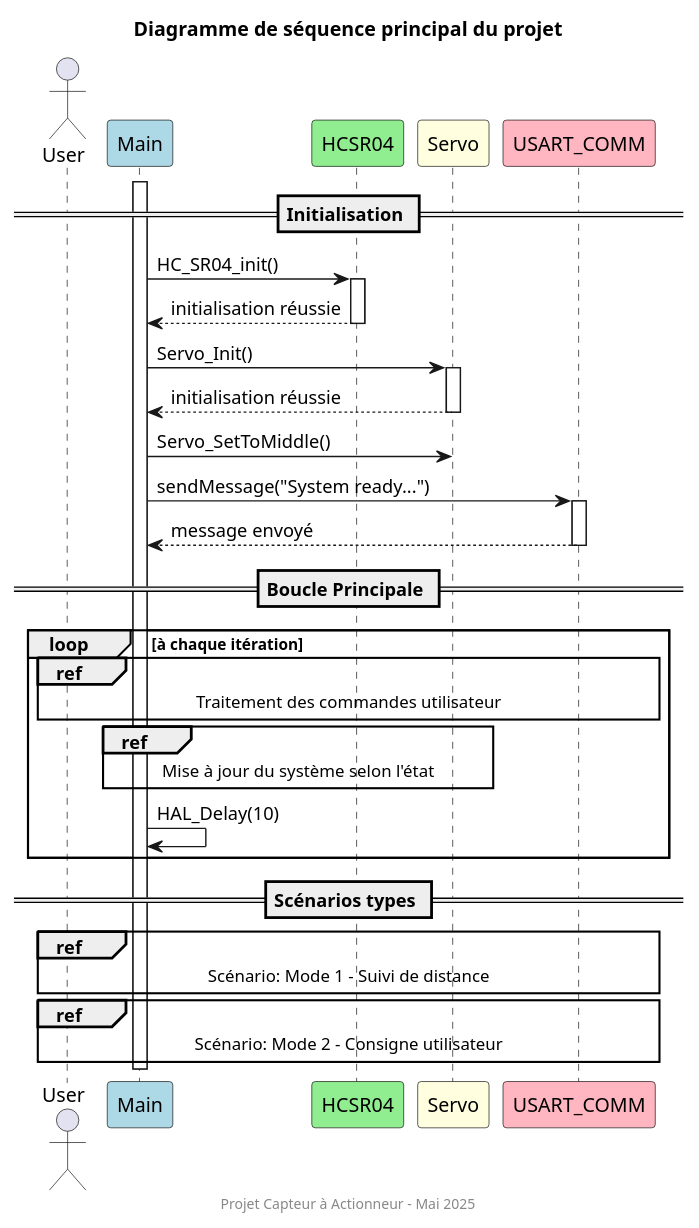
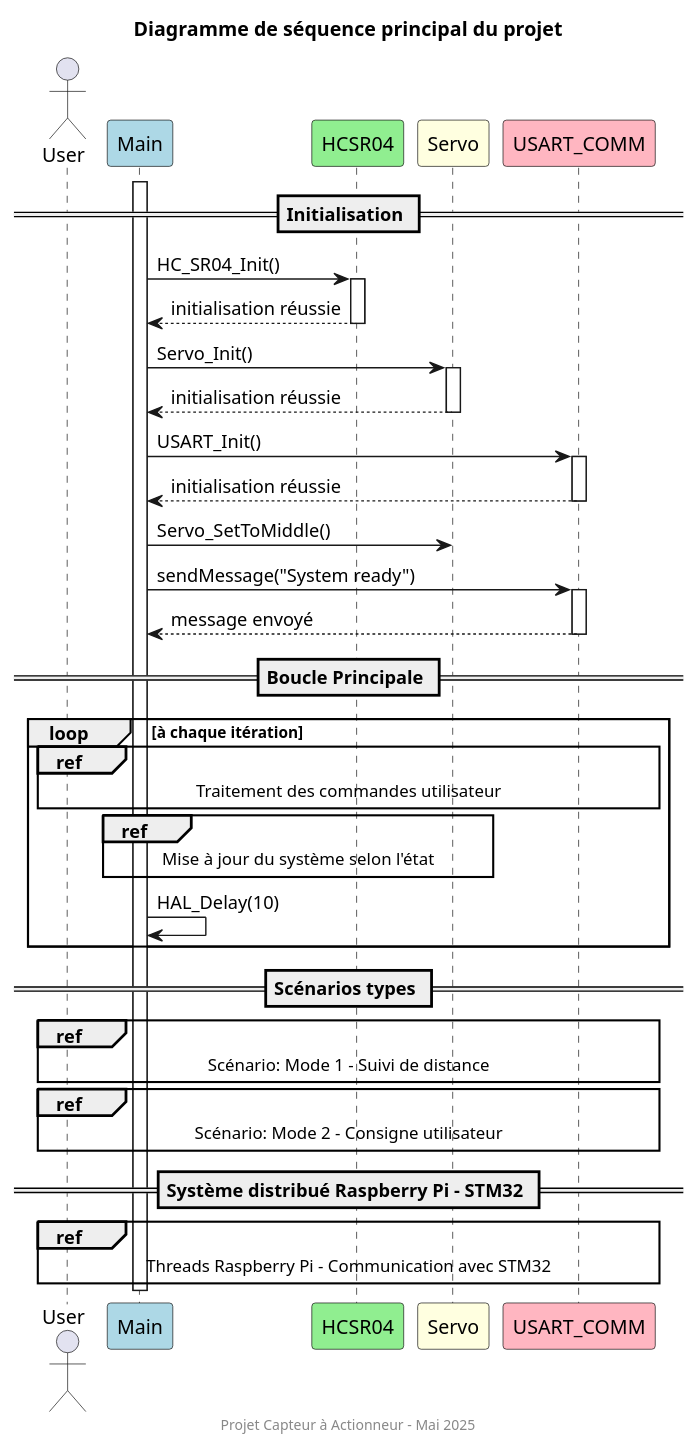
One commit to AzTaiiyoo/Capteur_actionneur changed the diagram in doc-README/DS-Main.puml. Above: the diagram before and after it, drawn with PlantUML. The commit also changed 7 other files, not shown here.

```diff
--- a/doc-README/DS-Main.puml
+++ b/doc-README/DS-Main.puml
@@ -1,60 +1,71 @@
 @startuml
 
 ' Participants (modules) avec couleurs pour faciliter la lecture
 actor "User" as User
 participant "Main" as Main #LightBlue
 participant "HCSR04" as HCSR04 #LightGreen
 participant "Servo" as Servo #LightYellow
 participant "USART_COMM" as USART #LightPink
 
 ' Titre plus visible
 title Diagramme de séquence principal du projet
 
 ' Initialisation avec activation
 == Initialisation ==
 activate Main
-Main -> HCSR04: HC_SR04_init()
+Main -> HCSR04: HC_SR04_Init()
 activate HCSR04
 HCSR04 --> Main: initialisation réussie
 deactivate HCSR04
 
 Main -> Servo: Servo_Init()
 activate Servo
 Servo --> Main: initialisation réussie
 deactivate Servo
 
+Main -> USART: USART_Init()
+activate USART
+USART --> Main: initialisation réussie
+deactivate USART
+
 Main -> Servo: Servo_SetToMiddle()
-Main -> USART: sendMessage("System ready...")
+Main -> USART: sendMessage("System ready")
 activate USART
 USART --> Main: message envoyé
 deactivate USART
 
 ' Boucle principale avec référence
 == Boucle Principale ==
 loop à chaque itération
   ref over User, Main, HCSR04, Servo, USART
     Traitement des commandes utilisateur
   end ref
   
   ref over Main, HCSR04, Servo
     Mise à jour du système selon l'état
   end ref
   
   Main -> Main: HAL_Delay(10)
 end
 
 ' Scénarios de cas d'utilisation typiques
 == Scénarios types ==
 ref over User, Main, HCSR04, Servo, USART
   Scénario: Mode 1 - Suivi de distance
 end ref
 
 ref over User, Main, Servo, USART
   Scénario: Mode 2 - Consigne utilisateur
 end ref
 
+' Scénario spécifique Raspberry Pi
+== Système distribué Raspberry Pi - STM32 ==
+ref over User, Main, Servo, USART
+  Threads Raspberry Pi - Communication avec STM32
+end ref
+
 deactivate Main
 
 footer Projet Capteur à Actionneur – Mai 2025
 
 @enduml
```
